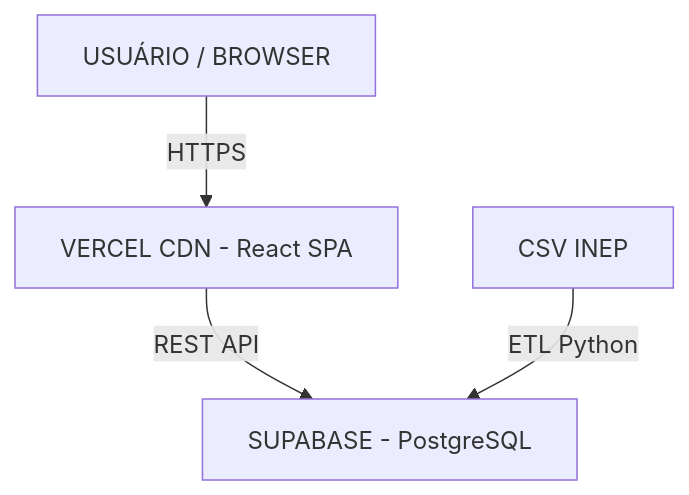
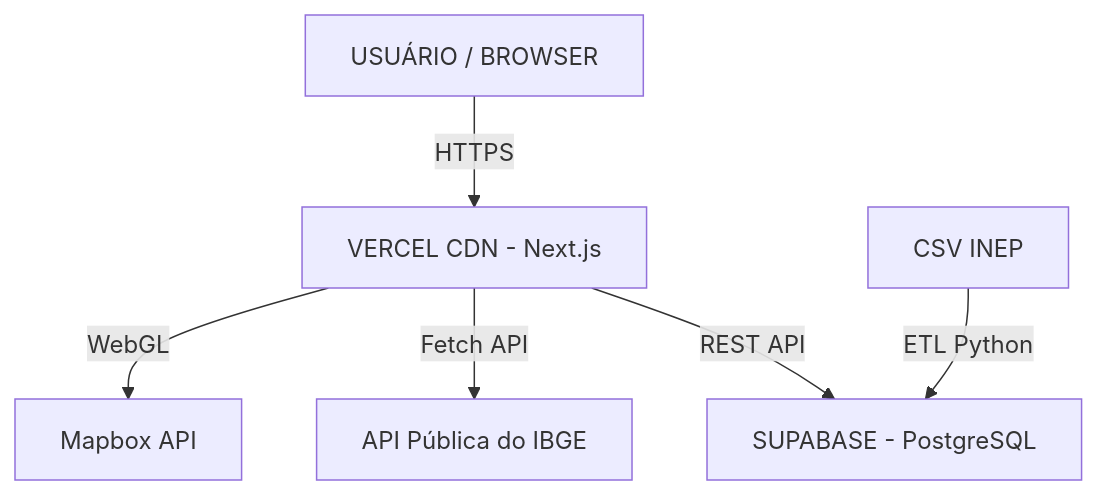
Before and after one commit to MatheusmotaDev/eduvita: the diagram in EduVita_PRD_MVP_Elegante.md, drawn with Mermaid. The commit also changed other lines of this file, not shown here.

````diff
--- a/EduVita_PRD_MVP_Elegante.md
+++ b/EduVita_PRD_MVP_Elegante.md
@@ -134,6 +50,8 @@
 ```mermaid
 graph TD;
-    User[USUÁRIO / BROWSER] -->|HTTPS| Vercel[VERCEL CDN - React SPA]
+    User[USUÁRIO / BROWSER] -->|HTTPS| Vercel[VERCEL CDN - Next.js]
     Vercel -->|REST API| Supabase[SUPABASE - PostgreSQL]
+    Vercel -->|Fetch API| IBGE[API Pública do IBGE]
+    Vercel -->|WebGL| Mapbox[Mapbox API]
     CSV[CSV INEP] -->|ETL Python| Supabase
 ```
````
